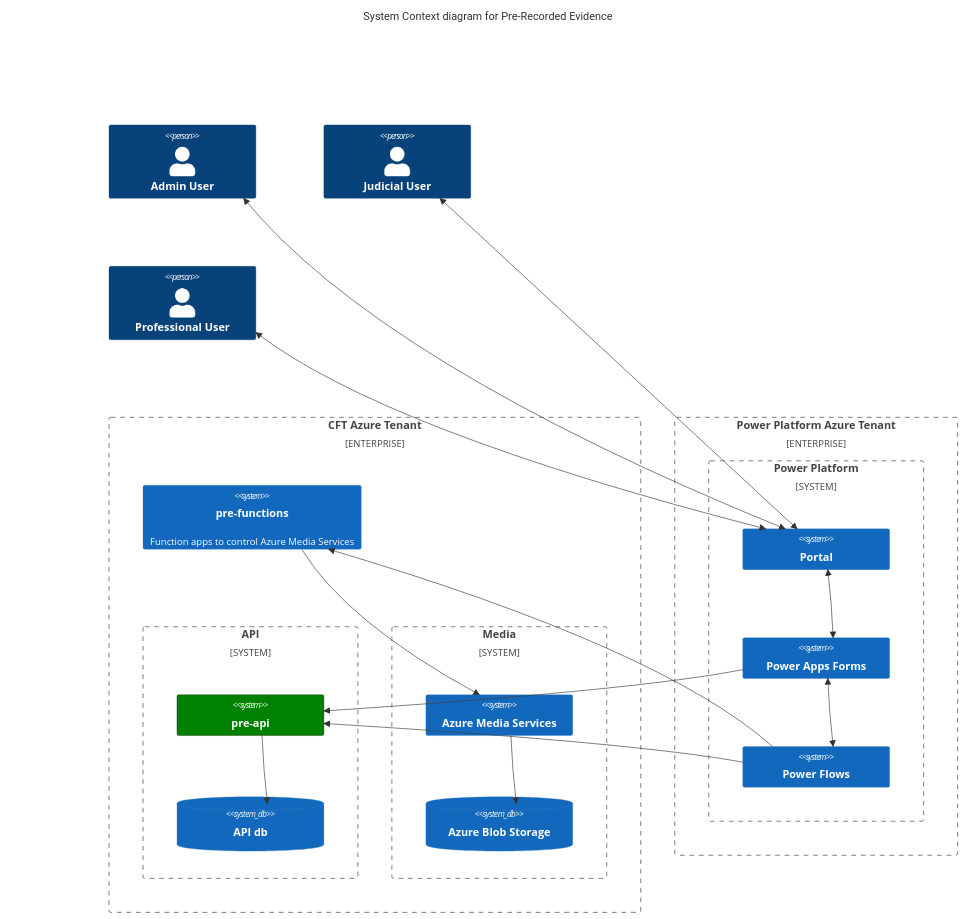
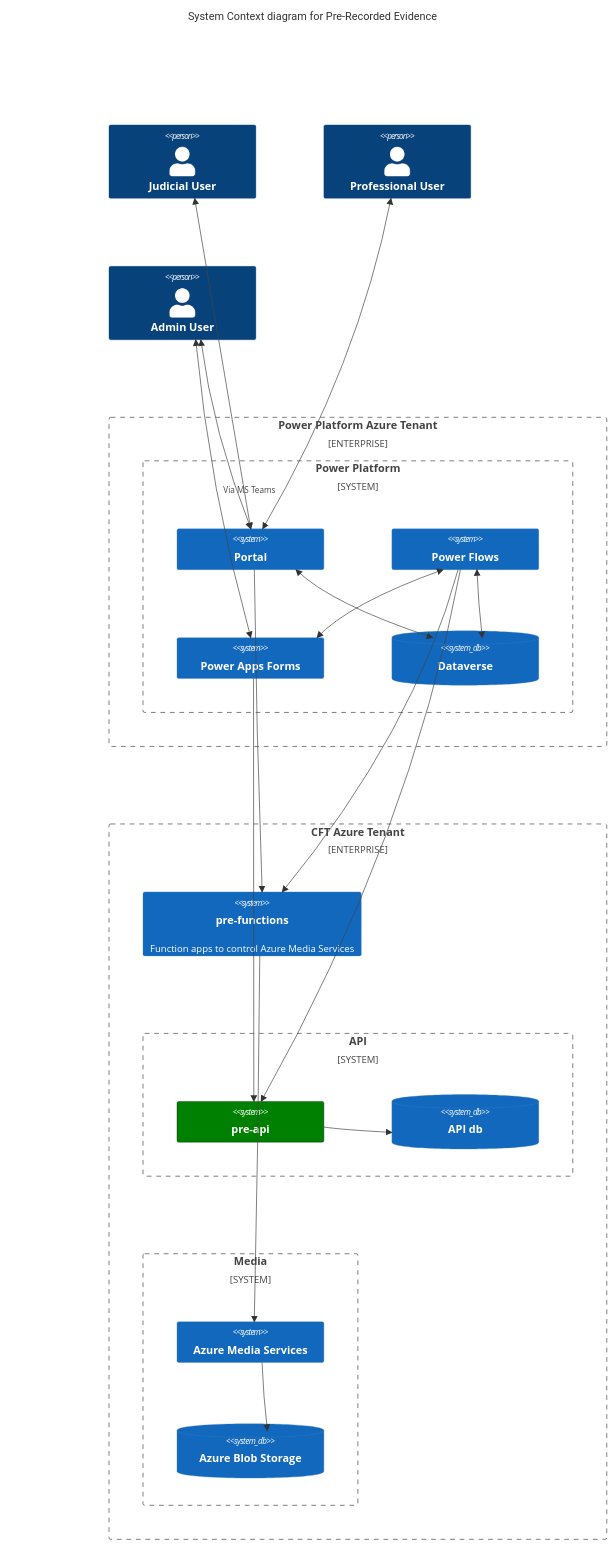
Before and after one commit to hmcts/pre-api: the diagram in README.md, drawn with Mermaid. The commit also changed other lines of this file, not shown here.

Commit message:
updated diagram and instructions for connector generation

````diff
--- a/README.md
+++ b/README.md
@@ -13,48 +14,51 @@
 ```mermaid
     C4Context
       title System Context diagram for Pre-Recorded Evidence
 
-      Person(adminUser, "Admin User", "")
       Person(judicialUser, "Judicial User", "")
       Person(professionalUser, "Professional User", "")
+      Person(adminUser, "Admin User", "")
+
+      Enterprise_Boundary(a1, "Power Platform Azure Tenant") {
+
+        System_Boundary(PowerPlatform, "Power Platform") {
+            System(Portal, "Portal", "")
+            System(PowerFlows, "Power Flows", "")
+            System(PowerApps, "Power Apps Forms", "")
+            SystemDb(Dataverse, "Dataverse", "")
+        }
+      }
 
       Enterprise_Boundary(a0, "CFT Azure Tenant") {
 
         System(function, "pre-functions", "Function apps to control Azure Media Services")
 
         System_Boundary(api, "API") {
             System(api, "pre-api")
             SystemDb(db, "API db")
         }
 
         System_Boundary(media, "Media") {
             System(ams, "Azure Media Services")
             SystemDb(blob, "Azure Blob Storage")
         }
 
       }
 
-      Enterprise_Boundary(a1, "Power Platform Azure Tenant") {
-
-        System_Boundary(PowerPlatform, "Power Platform") {
-            System(Portal, "Portal", "")
-            System(PowerApps, "Power Apps Forms", "")
-            System(PowerFlows, "Power Flows", "")
-        }
-      }
-
       BiRel(judicialUser, Portal, "")
       BiRel(adminUser, Portal, "")
+      BiRel(adminUser, PowerApps, "Via MS Teams")
       BiRel(professionalUser, Portal, "")
       BiRel(PowerApps, PowerFlows, "")
-      BiRel(PowerApps, Portal, "")
+      BiRel(Portal, Dataverse, "")
+      Rel(Portal, function, "")
+      BiRel(PowerFlows, Dataverse, "")
       Rel(PowerApps, api, "")
       Rel(PowerFlows, api, "")
       Rel(PowerFlows, function, "")
       Rel(api, db, "")
       Rel(ams, blob, "")
       Rel(function, ams, "")
       UpdateElementStyle(api,  $bgColor="green", $borderColor="black")
-
-
+      UpdateLayoutConfig($c4ShapeInRow="3", $c4BoundaryInRow="1")
 ```
````
